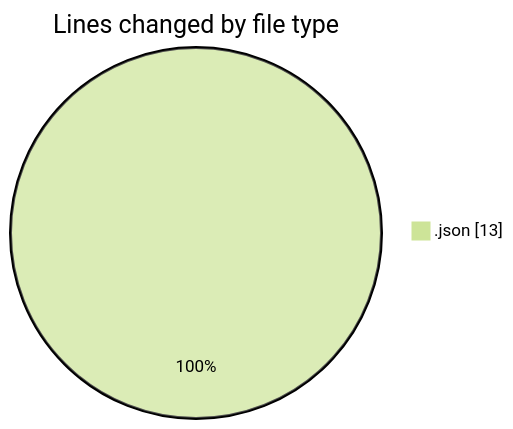
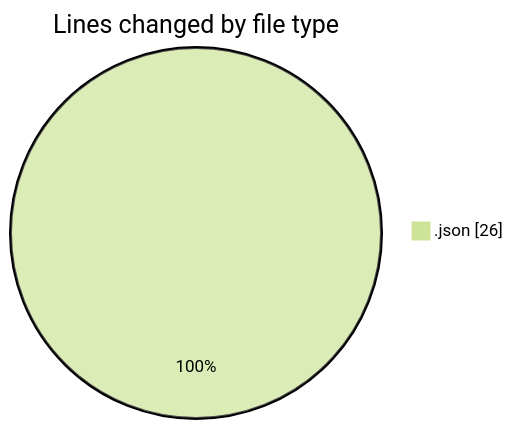
Before and after one commit to lephambinh05/code-tracking: the first of 2 diagrams in 2025-07-19/nhahang/README.md, drawn with Mermaid (forest theme). The commit also changed other lines of this file and 1 other file, not shown here.

````diff
--- a/2025-07-19/nhahang/README.md
+++ b/2025-07-19/nhahang/README.md
@@ -20,5 +21,5 @@
 ```mermaid
 pie showData
 title Lines changed by file type
-".json" : 13
+".json" : 26
 ```
````
